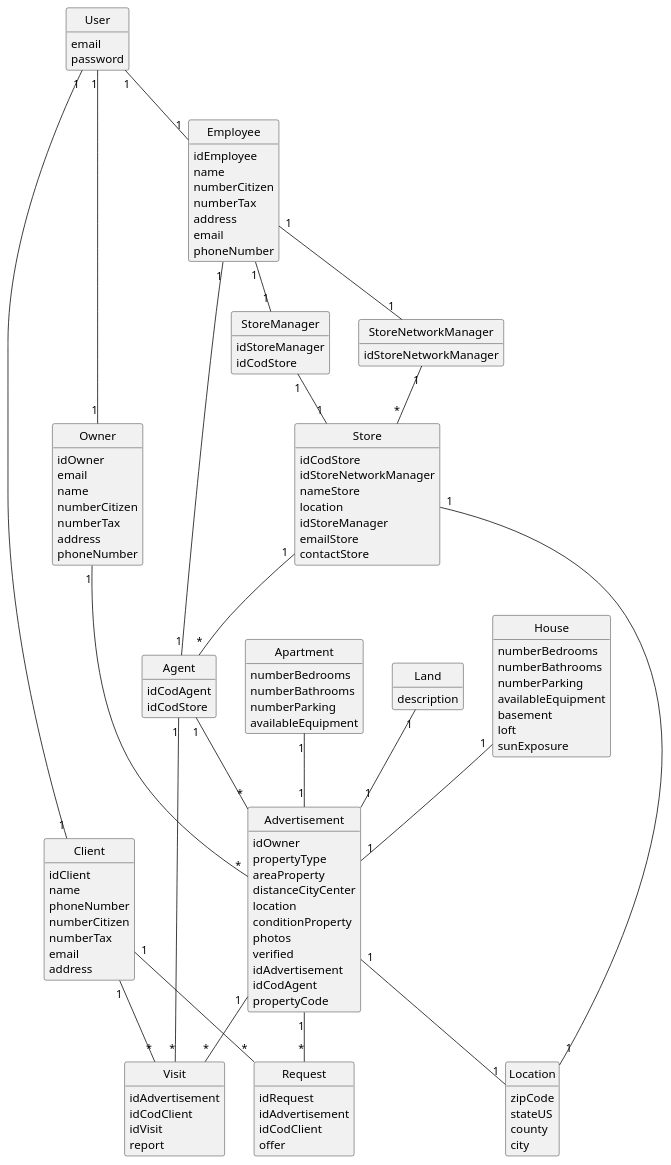
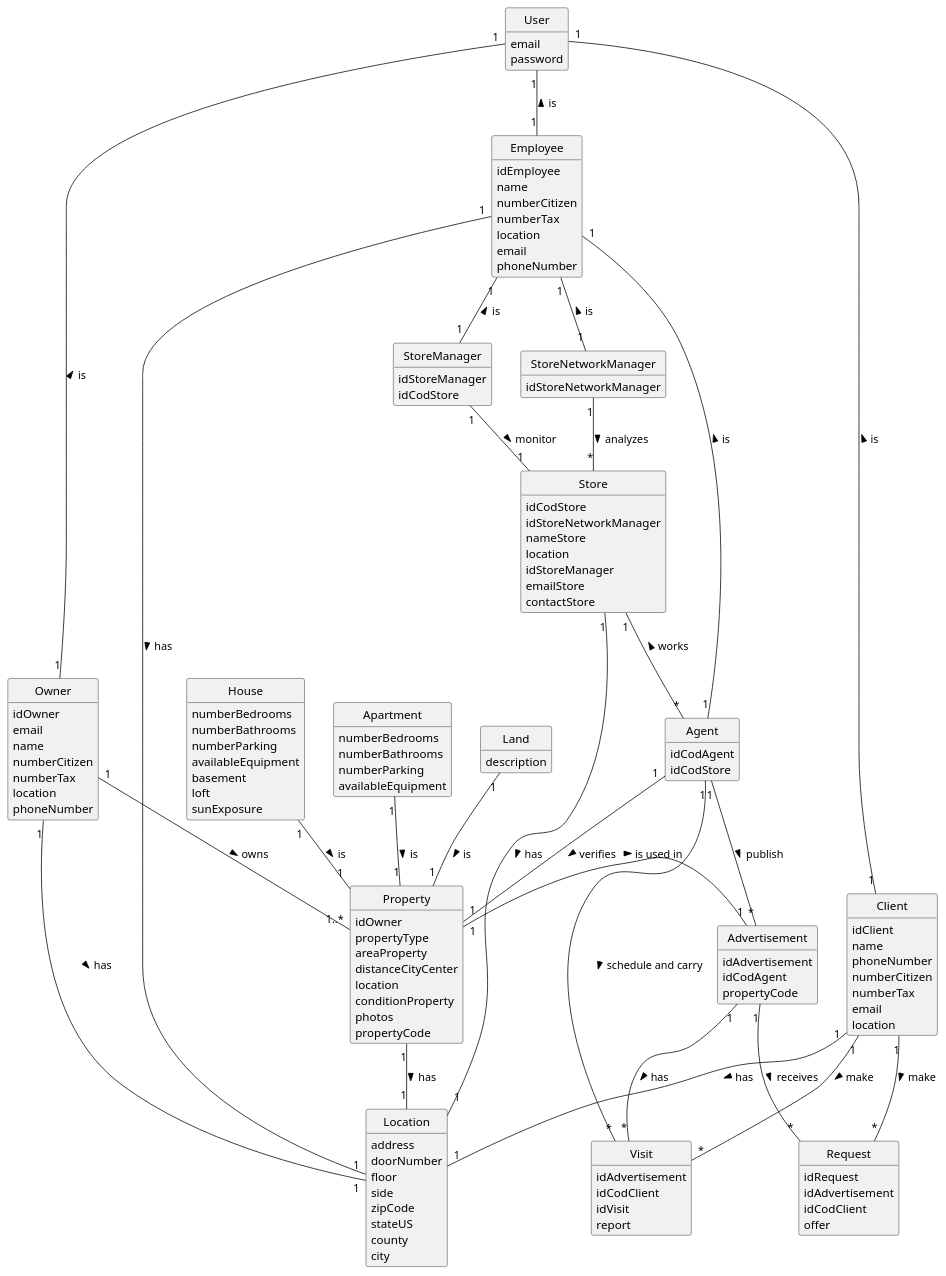
One commit to PEDROMOREIRA45/lei-23-s2-1dg-g31 changed the diagram in docs/sprintA/global-artifacts/02.analysis/puml_Nuno/project-domain-model.puml. Above: the diagram before and after it, drawn with PlantUML. The commit also changed 1 other file, not shown here.

```diff
--- a/docs/sprintA/global-artifacts/02.analysis/puml_Nuno/project-domain-model.puml
+++ b/docs/sprintA/global-artifacts/02.analysis/puml_Nuno/project-domain-model.puml
@@ -1,150 +1,159 @@
 @startuml
 'https://plantuml.com/class-diagram
 skinparam monochrome true
 skinparam packageStyle rectangle
 skinparam shadowing false
 hide circle
 hide methods
 
 
 
 class Employee{
     idEmployee
     name
     numberCitizen
     numberTax
-    address
+    location
     email
     phoneNumber
 }
 
 class Client {
     idClient
     name
     phoneNumber
     numberCitizen
     numberTax
     email
-    address
+    location
 }
 
 class Owner {
     idOwner
     email
     name
     numberCitizen
     numberTax
-    address
+    location
     phoneNumber
 }
-
 
 class Agent {
     idCodAgent
     idCodStore
 }
 
 class Advertisement {
+    idAdvertisement
+    idCodAgent
+    propertyCode
+}
+
+class Property{
     idOwner
     propertyType
     areaProperty
     distanceCityCenter
     location
     conditionProperty
     photos
-    verified
-    idAdvertisement
-    idCodAgent
     propertyCode
 }
 
 class House {
     numberBedrooms
     numberBathrooms
     numberParking
     availableEquipment
     basement
     loft
     sunExposure
 }
 
 class Apartment{
     numberBedrooms
     numberBathrooms
     numberParking
     availableEquipment
 }
 
 class Land{
     description
 }
 
 class Store{
     idCodStore
     idStoreNetworkManager
     nameStore
     location
     idStoreManager
     emailStore
     contactStore
 }
 
 class Visit{
     idAdvertisement
     idCodClient
     idVisit
     report
 }
 
 class Location {
+    address
+    doorNumber
+    floor
+    side
     zipCode
     stateUS
     county
     city
 }
 
 class StoreManager {
     idStoreManager
     idCodStore
 }
 
 class StoreNetworkManager {
     idStoreNetworkManager
 }
 
-
-
 class Request{
     idRequest
     idAdvertisement
     idCodClient
     offer
 }
 class User{
     email
     password
 }
 
-Owner "1" -- "*" Advertisement
-Agent "1" -- "*" Advertisement
-House "1" -- "1" Advertisement
-Apartment "1" -- "1" Advertisement
-Land "1" -- "1" Advertisement
-Store "1" -- "*" Agent
-StoreManager "1" -- "1" Store
-Advertisement "1" -- "1" Location
-StoreNetworkManager "1" -- "*" Store
-Employee "1" -- "1" Agent
-Employee "1" -- "1" StoreManager
-Employee "1" -- "1" StoreNetworkManager
-Advertisement"1" -- "*"Request
-Client"1" -- "*"Request
-Store"1" -- "1"Location
-Advertisement "1" -- "*" Visit
-Client "1" -- "*" Visit
-Agent "1" -- "*" Visit
-User "1" -- "1" Employee
-User "1" -- "1" Owner
-User "1" -- "1" Client
+Owner "1" -- "1..*" Property: owns >
+Agent "1" -- "*" Advertisement: publish >
+House "1" -- "1" Property: is >
+Apartment "1" -- "1" Property: is >
+Land "1" -- "1"  Property: is >
+Store "1" -- "*" Agent: works <
+StoreManager "1" -- "1" Store:  monitor >
+Property "1" -- "1" Location: has >
+StoreNetworkManager "1" -- "*" Store:  analyzes >
+Employee "1" -- "1" Agent: is <
+Employee "1" -- "1" StoreManager: is <
+Employee "1" -- "1" StoreNetworkManager: is <
+Advertisement"1" -- "*"Request: receives >
+Client"1" -- "*"Request: make >
+Store"1" -- "1"Location: has >
+Advertisement "1" -- "*" Visit: has >
+Client "1" -- "*" Visit: make >
+Agent "1" -- "*" Visit: schedule and carry >
+User "1" -- "1" Employee: is <
+User "1" -- "1" Owner: is <
+User "1" -- "1" Client: is <
+Property "1" - "1" Advertisement: is used in >
+Client "1" -- "1" Location: has >
+Employee "1" -- "1" Location: has >
+Owner "1" -- "1" Location: has >
+Agent "1" -- "1" Property: verifies >
 
 @enduml
```
